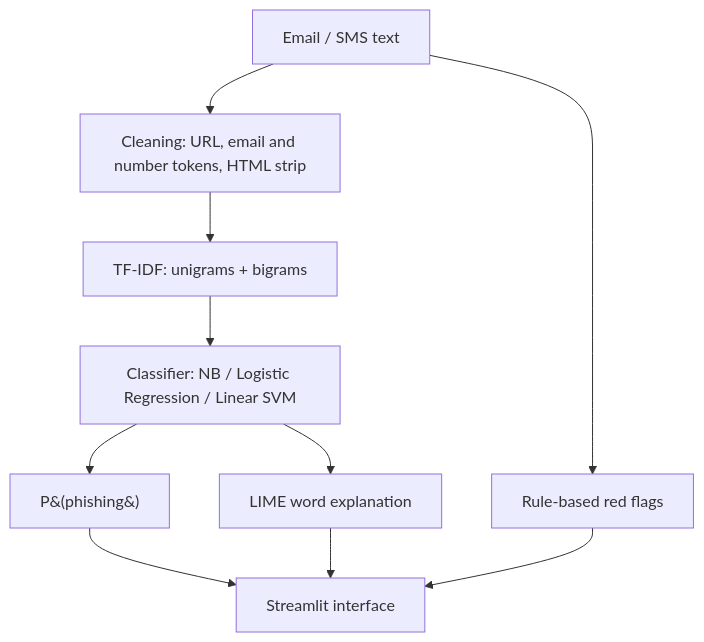
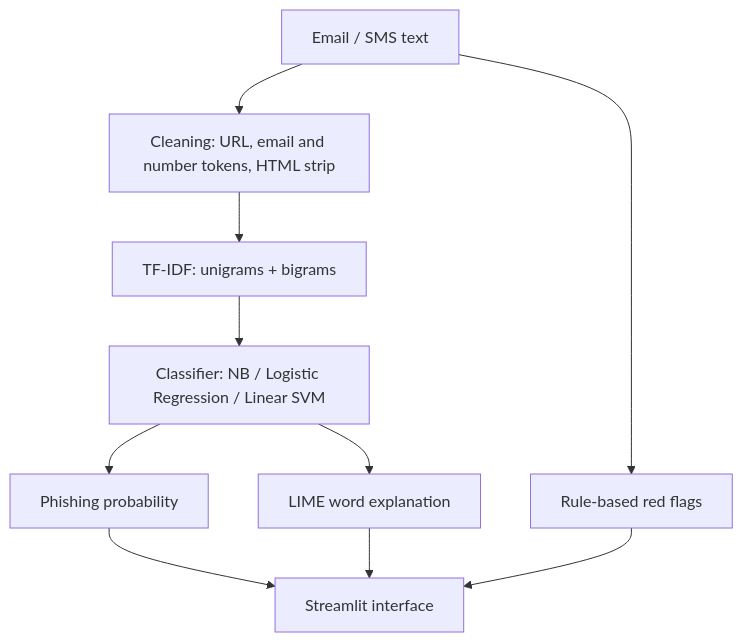
One commit to KrishnaCS7/Phishing-Detector changed the diagram in README.md. Above: the diagram before and after it, drawn with Mermaid.

Commit message:
README.md

````diff
--- a/README.md
+++ b/README.md
@@ -30,12 +30,12 @@
 ```mermaid
 flowchart TD
-    A[Email / SMS text] --> B[Cleaning: URL, email and number tokens, HTML strip]
-    B --> C[TF-IDF: unigrams + bigrams]
-    C --> D[Classifier: NB / Logistic Regression / Linear SVM]
-    D --> E[P&#40;phishing&#41;]
-    D --> F[LIME word explanation]
-    A --> G[Rule-based red flags]
-    E --> H[Streamlit interface]
+    A["Email / SMS text"] --> B["Cleaning: URL, email and number tokens, HTML strip"]
+    B --> C["TF-IDF: unigrams + bigrams"]
+    C --> D["Classifier: NB / Logistic Regression / Linear SVM"]
+    D --> E["Phishing probability"]
+    D --> F["LIME word explanation"]
+    A --> G["Rule-based red flags"]
+    E --> H["Streamlit interface"]
     F --> H
     G --> H
 ```
````
